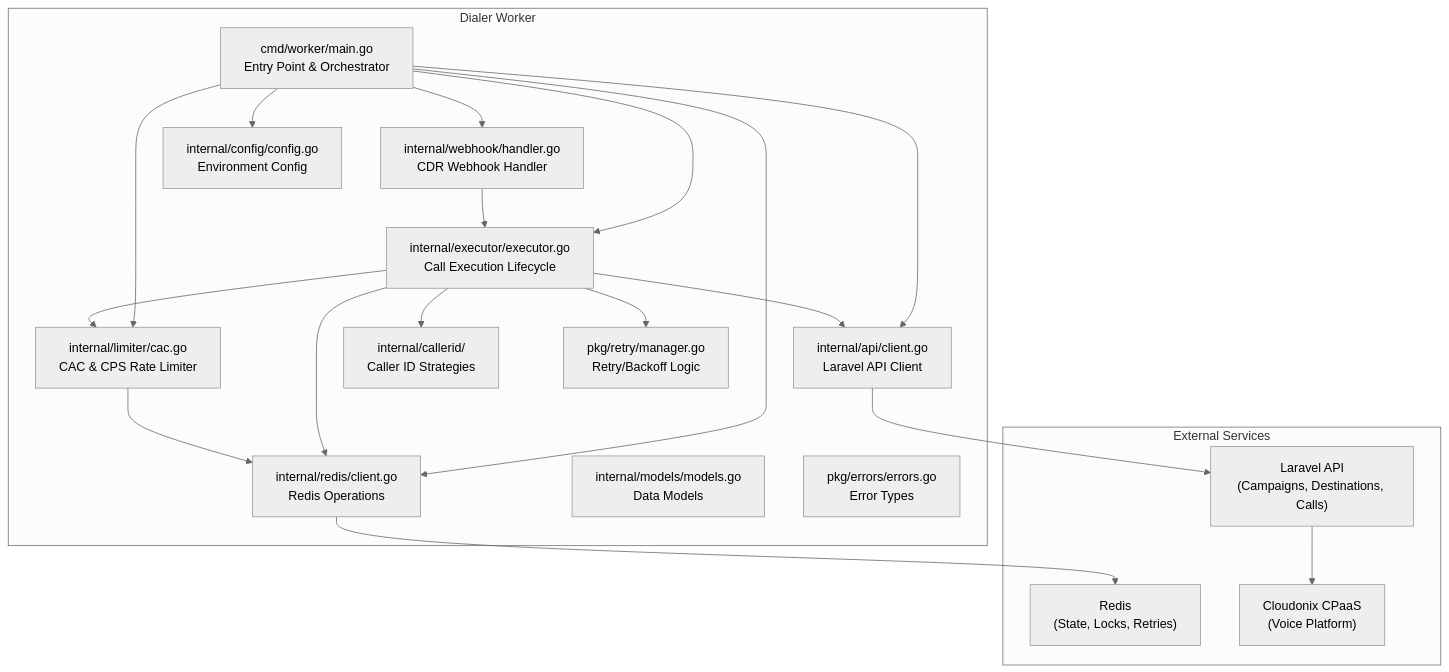
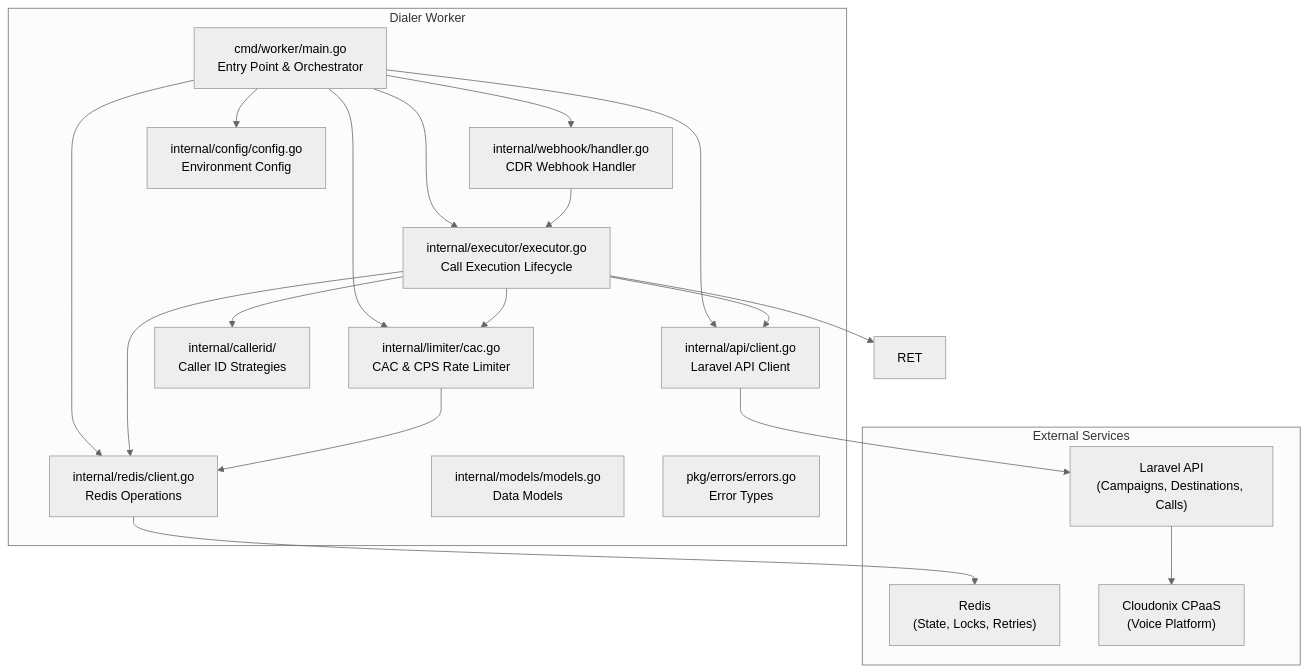
The first of 2 diagrams in dialer-worker/README.md (greenfieldtech-nirs/opbx), drawn with Mermaid (neutral theme) before and after one commit. The commit also changed other lines of this file and 12 other files, not shown here.

````diff
--- a/dialer-worker/README.md
+++ b/dialer-worker/README.md
@@ -18,39 +18,38 @@
 ```mermaid
 graph TB
     subgraph "Dialer Worker"
         MAIN["cmd/worker/main.go<br/>Entry Point & Orchestrator"]
         API["internal/api/client.go<br/>Laravel API Client"]
         EXEC["internal/executor/executor.go<br/>Call Execution Lifecycle"]
         LIM["internal/limiter/cac.go<br/>CAC & CPS Rate Limiter"]
         WH["internal/webhook/handler.go<br/>CDR Webhook Handler"]
         RDC["internal/redis/client.go<br/>Redis Operations"]
         CFG["internal/config/config.go<br/>Environment Config"]
         MOD["internal/models/models.go<br/>Data Models"]
         CID["internal/callerid/<br/>Caller ID Strategies"]
-        RET["pkg/retry/manager.go<br/>Retry/Backoff Logic"]
         ERR["pkg/errors/errors.go<br/>Error Types"]
     end
 
     subgraph "External Services"
         LARAVEL["Laravel API<br/>(Campaigns, Destinations, Calls)"]
         REDIS["Redis<br/>(State, Locks, Retries)"]
         CLOUDONIX["Cloudonix CPaaS<br/>(Voice Platform)"]
     end
 
     MAIN --> API
     MAIN --> EXEC
     MAIN --> LIM
     MAIN --> WH
     MAIN --> RDC
     MAIN --> CFG
     EXEC --> API
     EXEC --> RDC
     EXEC --> LIM
     EXEC --> CID
     EXEC --> RET
     LIM --> RDC
     WH --> EXEC
     API --> LARAVEL
     RDC --> REDIS
     LARAVEL --> CLOUDONIX
 ```
````
